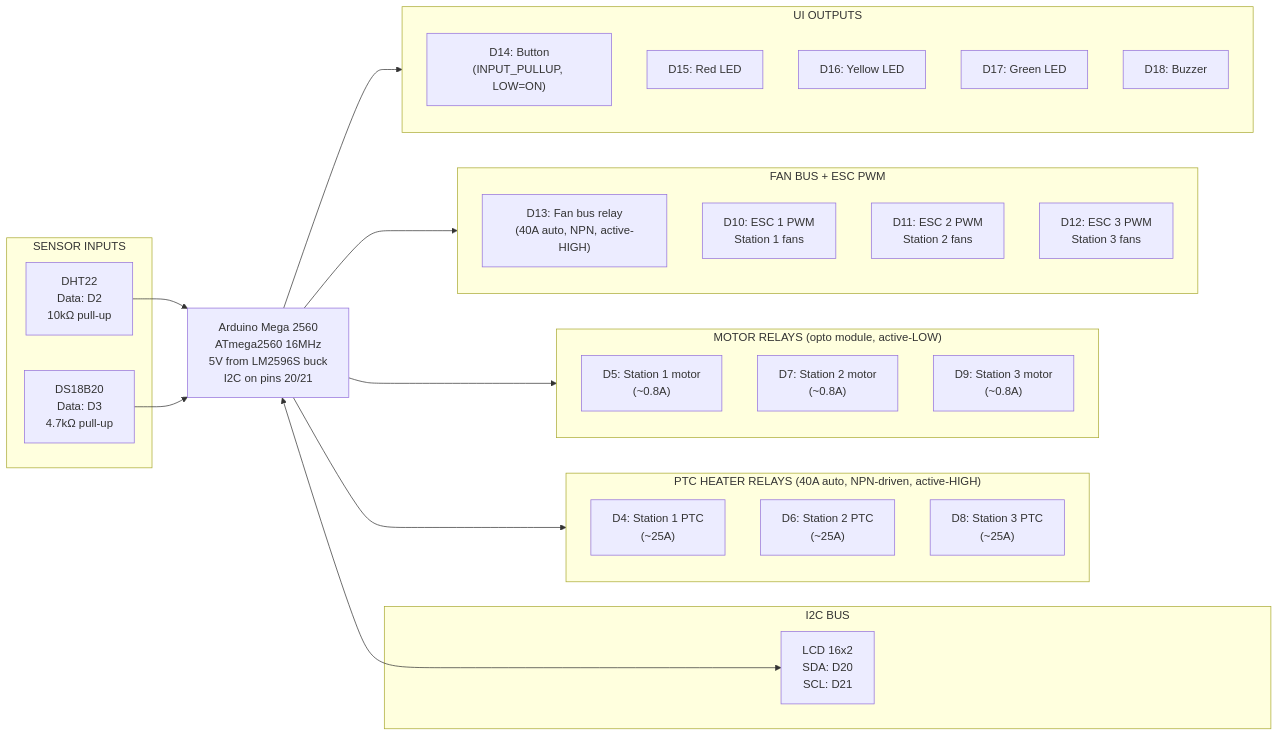
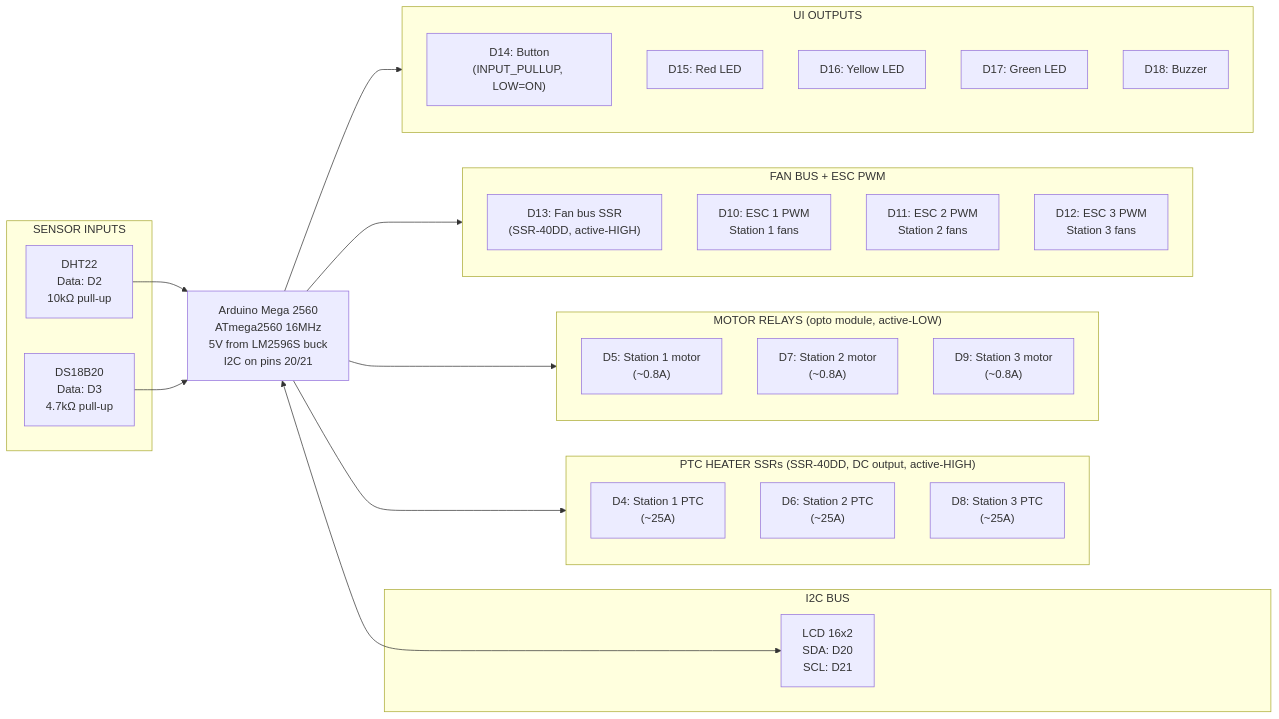
The fourth of 4 diagrams in docs/BLOCK-DIAGRAM.md (qppd/umbrella-dryer-v2), drawn with Mermaid before and after one commit. The commit also changed other lines of this file and 11 other files, not shown here.

````diff
--- a/docs/BLOCK-DIAGRAM.md
+++ b/docs/BLOCK-DIAGRAM.md
@@ -168,48 +137,48 @@
 ```mermaid
 flowchart LR
     subgraph IN["SENSOR INPUTS"]
         DHT["DHT22<br/>Data: D2<br/>10kΩ pull-up"]
         DS["DS18B20<br/>Data: D3<br/>4.7kΩ pull-up"]
     end
 
     MEGA["Arduino Mega 2560<br/>ATmega2560 16MHz<br/>5V from LM2596S buck<br/>I2C on pins 20/21"]
 
     subgraph I2C["I2C BUS"]
         LCD["LCD 16x2<br/>SDA: D20<br/>SCL: D21"]
     end
 
-    subgraph PTC_OUT["PTC HEATER RELAYS (40A auto, NPN-driven, active-HIGH)"]
+    subgraph PTC_OUT["PTC HEATER SSRs (SSR-40DD, DC output, active-HIGH)"]
         R1["D4: Station 1 PTC<br/>(~25A)"]
         R2["D6: Station 2 PTC<br/>(~25A)"]
         R3["D8: Station 3 PTC<br/>(~25A)"]
     end
 
     subgraph MOT_OUT["MOTOR RELAYS (opto module, active-LOW)"]
         M1["D5: Station 1 motor<br/>(~0.8A)"]
         M2["D7: Station 2 motor<br/>(~0.8A)"]
         M3["D9: Station 3 motor<br/>(~0.8A)"]
     end
 
     subgraph FAN_OUT["FAN BUS + ESC PWM"]
-        FB["D13: Fan bus relay<br/>(40A auto, NPN, active-HIGH)"]
+        FB["D13: Fan bus SSR<br/>(SSR-40DD, active-HIGH)"]
         E1["D10: ESC 1 PWM<br/>Station 1 fans"]
         E2["D11: ESC 2 PWM<br/>Station 2 fans"]
         E3["D12: ESC 3 PWM<br/>Station 3 fans"]
     end
 
     subgraph UI_OUT["UI OUTPUTS"]
         BTN["D14: Button<br/>(INPUT_PULLUP, LOW=ON)"]
         LED_R["D15: Red LED"]
         LED_Y["D16: Yellow LED"]
         LED_G["D17: Green LED"]
         BUZ["D18: Buzzer"]
     end
 
     DHT --> MEGA
     DS --> MEGA
     MEGA <--> LCD
     MEGA --> PTC_OUT
     MEGA --> MOT_OUT
     MEGA --> FAN_OUT
     MEGA --> UI_OUT
 ```
````
